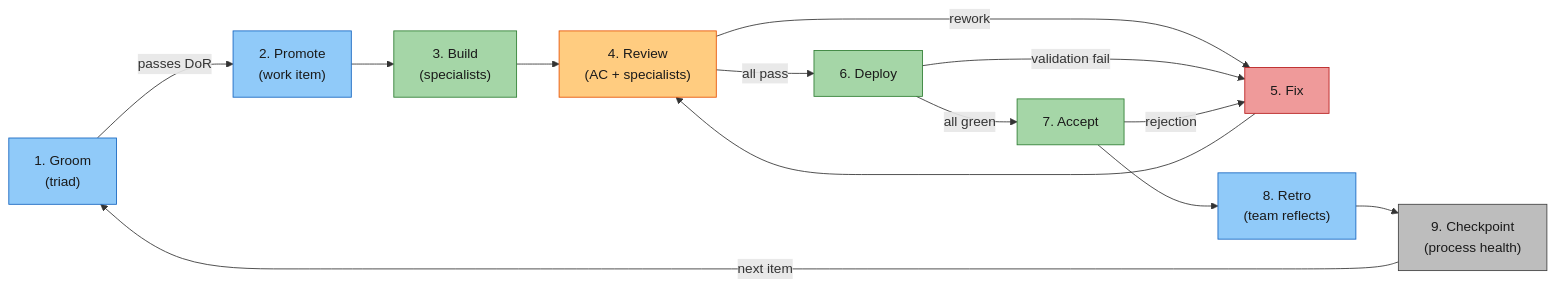
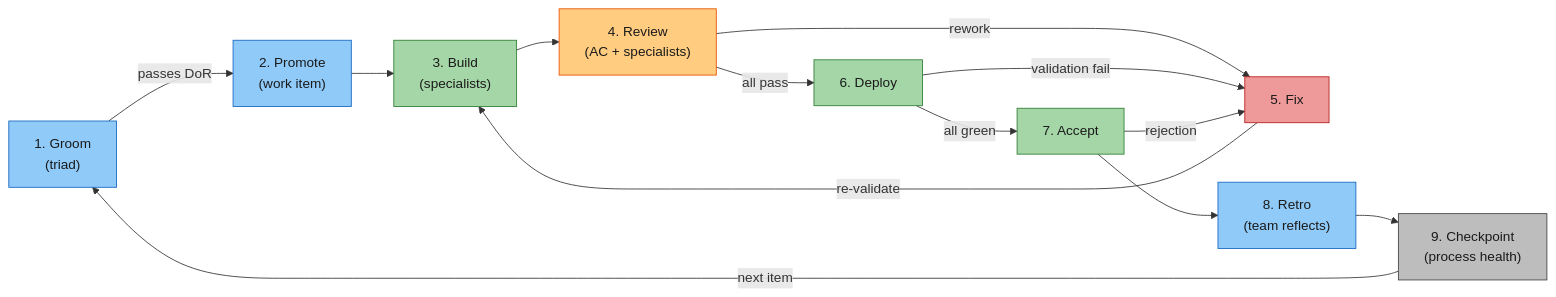
Before and after one commit to rdunie/venutian-antfarm: the sixth of 23 diagrams in docs/COLLABORATION-MODEL.md, drawn with Mermaid. The commit also changed 3 other files, not shown here.

````diff
--- a/docs/COLLABORATION-MODEL.md
+++ b/docs/COLLABORATION-MODEL.md
@@ -213,25 +213,25 @@
 ```mermaid
 flowchart LR
     B["1. Groom\n(triad)"] -->|"passes DoR"| P["2. Promote\n(work item)"]
     P --> IP["3. Build\n(specialists)"]
     IP --> RV["4. Review\n(AC + specialists)"]
     RV -->|"rework"| FIX["5. Fix"]
-    FIX --> RV
+    FIX -->|"re-validate"| IP
     RV -->|"all pass"| DEP["6. Deploy"]
     DEP -->|"validation fail"| FIX
     DEP -->|"all green"| ACC["7. Accept"]
     ACC -->|"rejection"| FIX
     ACC --> RET["8. Retro\n(team reflects)"]
     RET --> CHK["9. Checkpoint\n(process health)"]
     CHK -->|"next item"| B
 
     style B fill:#90caf9,stroke:#1565c0,color:#1a1a1a
     style P fill:#90caf9,stroke:#1565c0,color:#1a1a1a
     style IP fill:#a5d6a7,stroke:#2e7d32,color:#1a1a1a
     style RV fill:#ffcc80,stroke:#e65100,color:#1a1a1a
     style FIX fill:#ef9a9a,stroke:#b71c1c,color:#1a1a1a
     style DEP fill:#a5d6a7,stroke:#2e7d32,color:#1a1a1a
     style ACC fill:#a5d6a7,stroke:#2e7d32,color:#1a1a1a
     style RET fill:#90caf9,stroke:#1565c0,color:#1a1a1a
     style CHK fill:#bdbdbd,stroke:#424242,color:#1a1a1a
 ```
````
